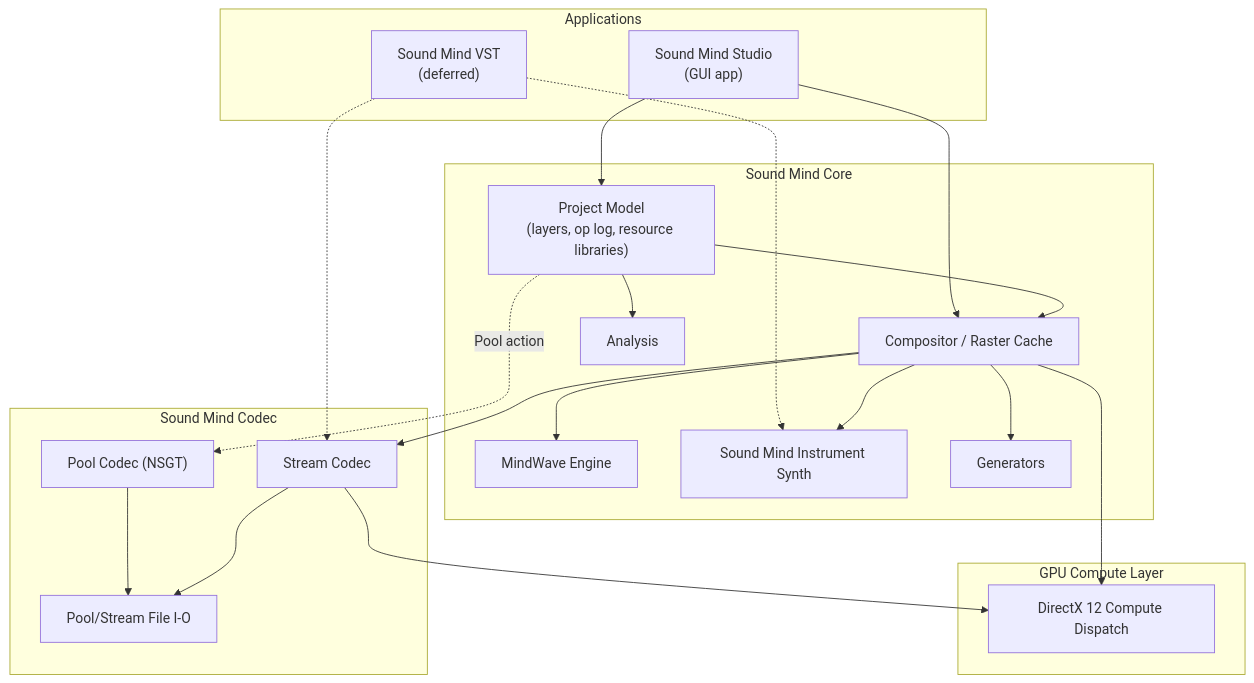
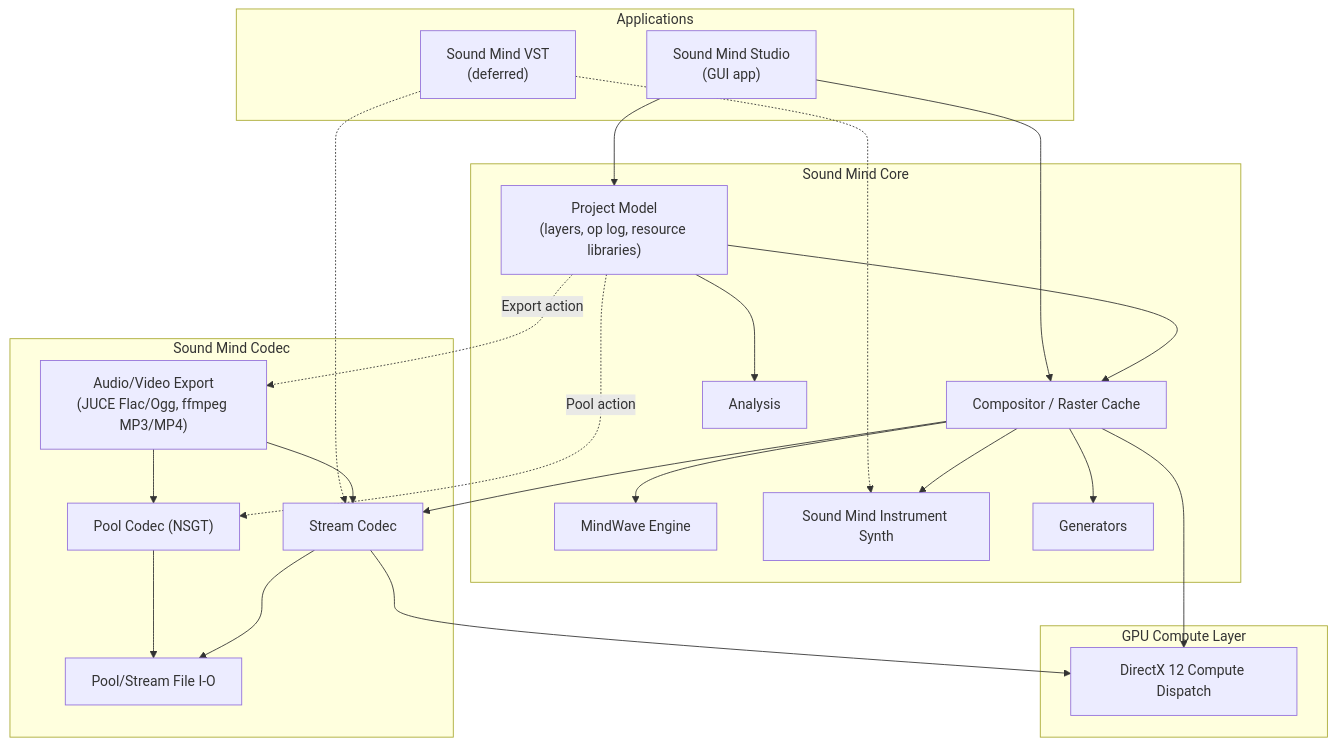
Before and after one commit to TheWalruss/sound-mind-2: the first of 3 diagrams in docs/sound-mind-architecture.md, drawn with Mermaid. The commit also changed other lines of this file and 25 other files, not shown here.

````diff
--- a/docs/sound-mind-architecture.md
+++ b/docs/sound-mind-architecture.md
@@ -27,44 +27,48 @@
 ```mermaid
 flowchart TB
     subgraph Apps["Applications"]
         Studio["Sound Mind Studio<br/>(GUI app)"]
         VSTApp["Sound Mind VST<br/>(deferred)"]
     end
 
     subgraph Core["Sound Mind Core"]
         ProjectModel["Project Model<br/>(layers, op log, resource libraries)"]
         Compositor["Compositor / Raster Cache"]
         MindWaveEngine["MindWave Engine"]
         InstrumentEngine["Sound Mind Instrument Synth"]
         Generators["Generators"]
         Analysis["Analysis"]
     end
 
     subgraph Codec["Sound Mind Codec"]
         Pool["Pool Codec (NSGT)"]
         Stream["Stream Codec"]
         FormatIO["Pool/Stream File I-O"]
+        Export["Audio/Video Export<br/>(JUCE Flac/Ogg, ffmpeg MP3/MP4)"]
     end
 
     subgraph GPUL["GPU Compute Layer"]
         DX12["DirectX 12 Compute Dispatch"]
     end
 
     Studio --> ProjectModel
     Studio --> Compositor
     VSTApp -.-> Stream
     VSTApp -.-> InstrumentEngine
 
     ProjectModel --> Compositor
     Compositor --> MindWaveEngine
     Compositor --> InstrumentEngine
     Compositor --> Generators
     ProjectModel --> Analysis
     Compositor --> Stream
     ProjectModel -. "Pool" action .-> Pool
     Pool --> FormatIO
     Stream --> FormatIO
+    ProjectModel -. "Export" action .-> Export
+    Export --> Pool
+    Export --> Stream
 
     Stream --> DX12
     Compositor --> DX12
 ```
````
